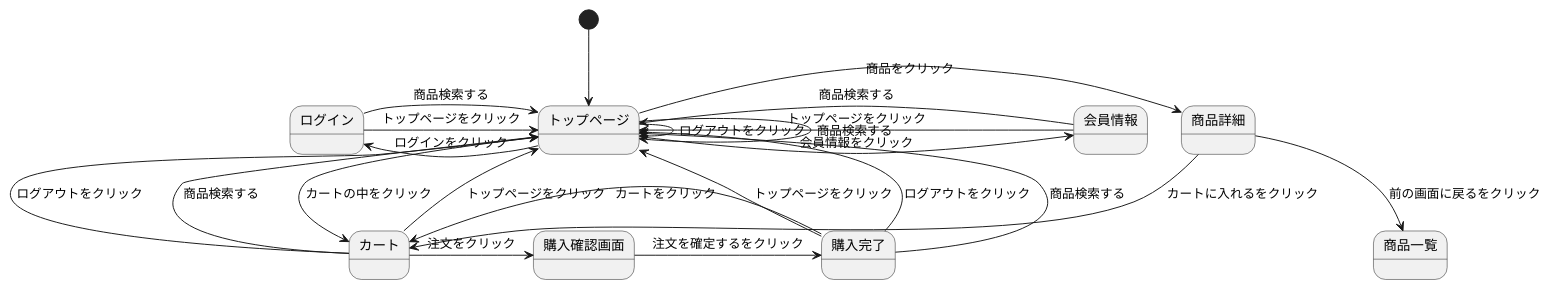
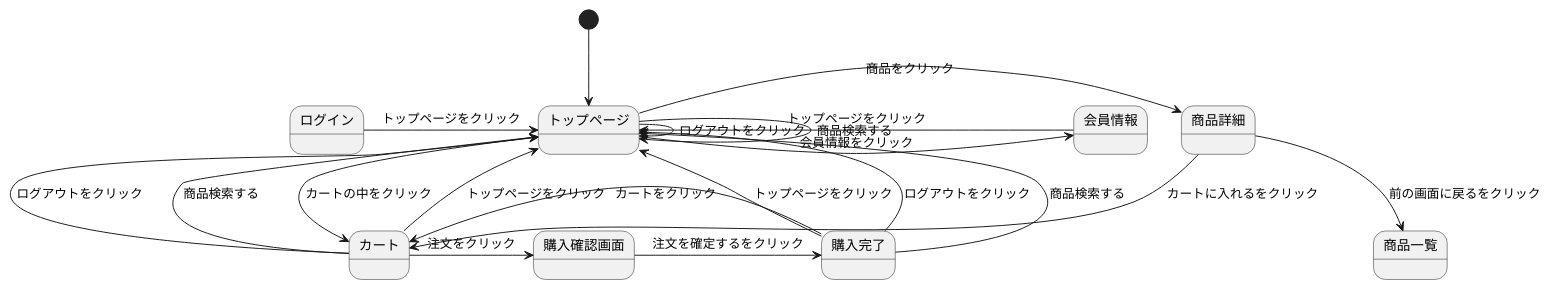
Before and after one commit to Aso2001392/2021sys-design: the diagram in kadai10.md, drawn with PlantUML.

````diff
--- a/kadai10.md
+++ b/kadai10.md
@@ -1,29 +1,26 @@
 ```uml
 @startuml
 
 [*] --> トップページ
 トップページ -> トップページ : ログアウトをクリック
 トップページ -> トップページ : 商品検索する
 トップページ -> 会員情報 : 会員情報をクリック
 トップページ -> 商品詳細 : 商品をクリック
 商品詳細 --> カート : カートに入れるをクリック
 商品詳細 --> 商品一覧 : 前の画面に戻るをクリック
 会員情報 -> トップページ : トップページをクリック
-会員情報 -> トップページ : 商品検索する
-トップページ -left-> ログイン : ログインをクリック
 ログイン -> トップページ : トップページをクリック
-ログイン -> トップページ : 商品検索する
 トップページ --> カート : カートの中をクリック
 カート -> トップページ : トップページをクリック
 カート -> 購入確認画面 : 注文をクリック
 購入確認画面 -> 購入完了 : 注文を確定するをクリック
 カート -> トップページ : ログアウトをクリック
 カート -> トップページ : 商品検索する
 購入完了 -> トップページ : トップページをクリック
 購入完了 -> カート : カートをクリック
 購入完了 -> トップページ : ログアウトをクリック
 購入完了 -> トップページ : 商品検索する
 
 @enduml
 
 ```
````
